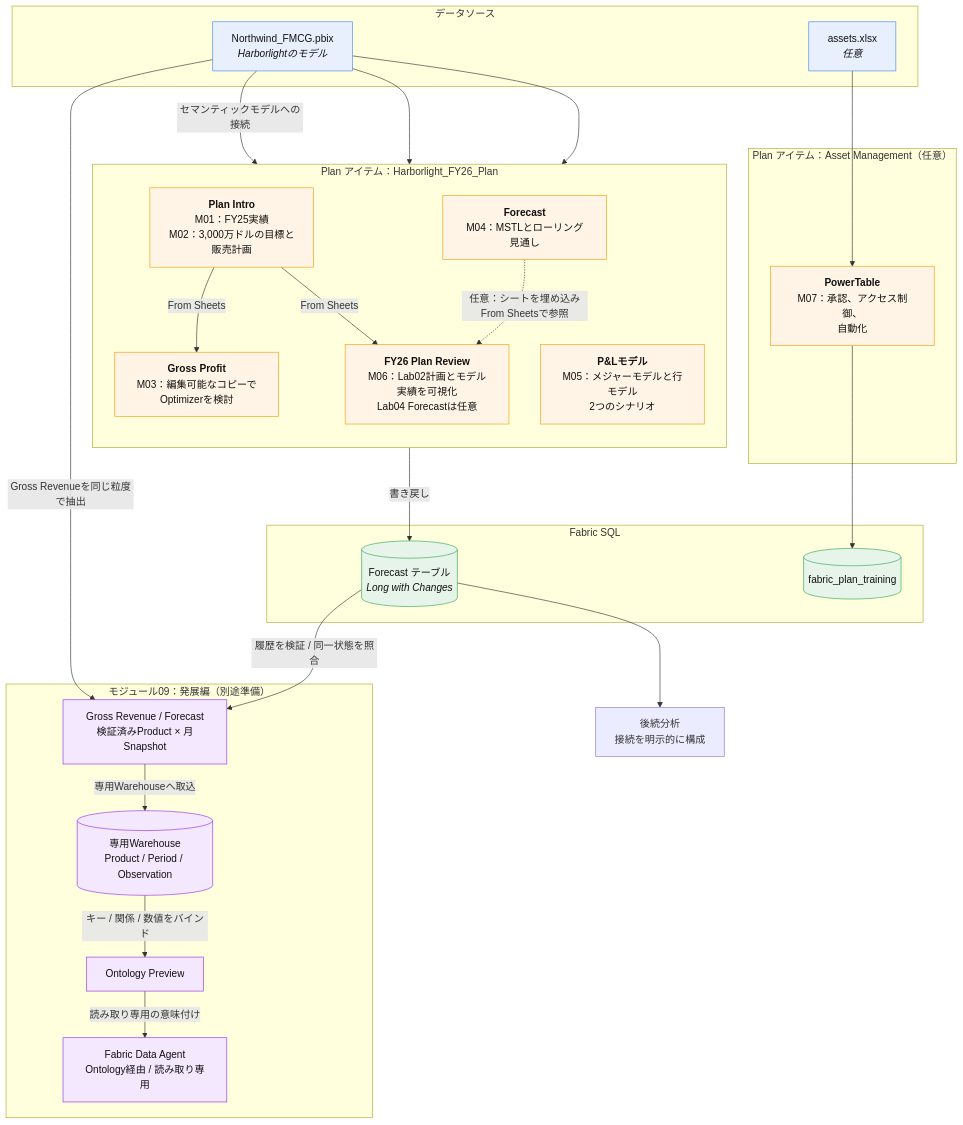
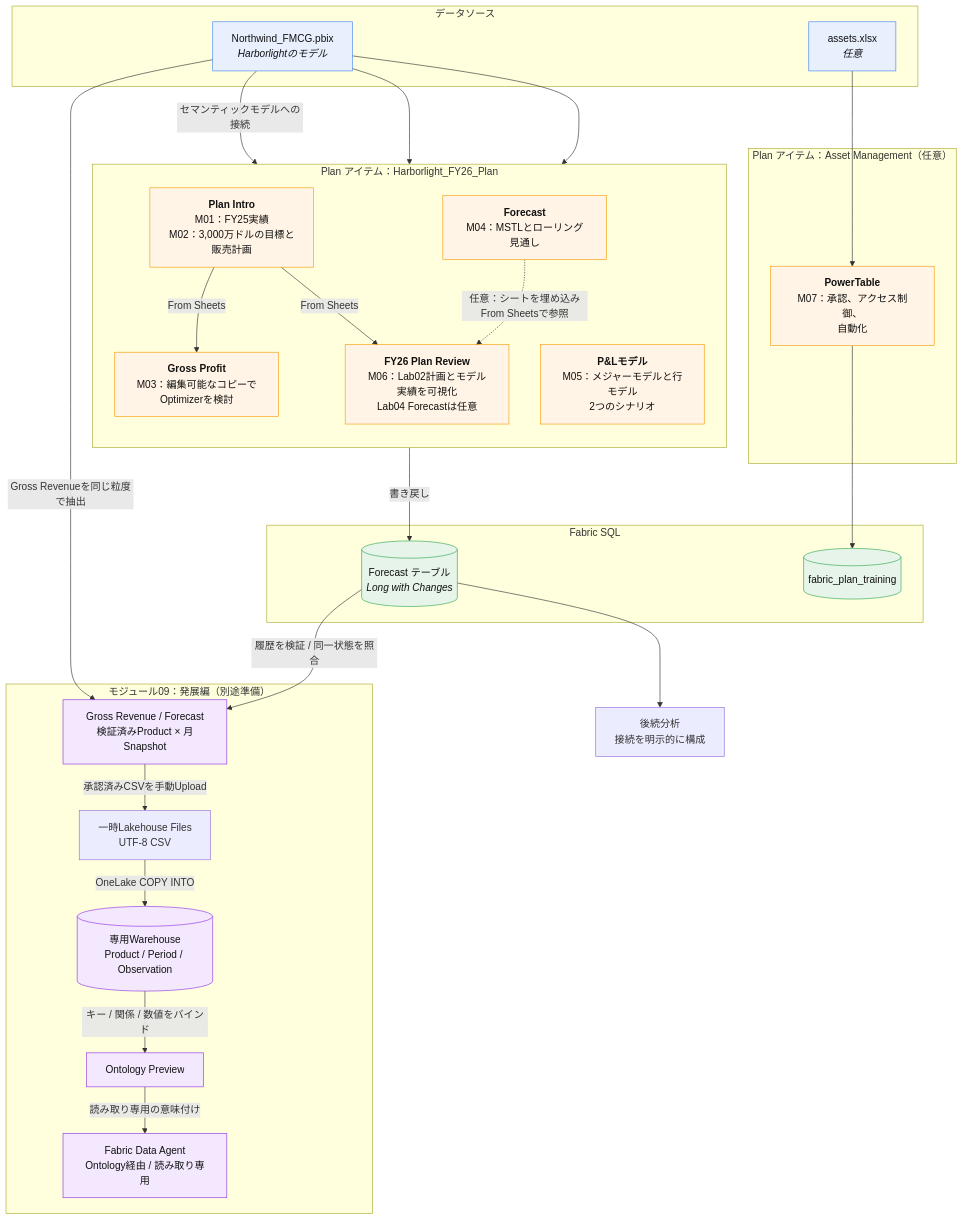
One commit to yang-jiayi/FabricPlanWorkshop changed the first of 2 diagrams in assets/diagrams/lab-flow.md. Above: the diagram before and after it, drawn with Mermaid. The commit also changed other lines of this file and 6 other files, not shown here.

````diff
--- a/assets/diagrams/lab-flow.md
+++ b/assets/diagrams/lab-flow.md
@@ -5,61 +5,63 @@
 ```mermaid
 flowchart TB
     subgraph SRC["データソース"]
         PBIX["Northwind_FMCG.pbix<br/><i>Harborlightのモデル</i>"]
         XLSX["assets.xlsx<br/><i>任意</i>"]
     end
 
     subgraph ITEM["Plan アイテム：Harborlight_FY26_Plan"]
         direction TB
         PI["<b>Plan Intro</b><br/>M01：FY25実績<br/>M02：3,000万ドルの目標と販売計画"]
         GP["<b>Gross Profit</b><br/>M03：編集可能なコピーでOptimizerを検討"]
         FC["<b>Forecast</b><br/>M04：MSTLとローリング見通し"]
         PL["<b>P&amp;Lモデル</b><br/>M05：メジャーモデルと行モデル<br/>2つのシナリオ"]
         IS["<b>FY26 Plan Review</b><br/>M06：Lab02計画とモデル実績を可視化<br/>Lab04 Forecastは任意"]
     end
 
     subgraph PT["Plan アイテム：Asset Management（任意）"]
         PTS["<b>PowerTable</b><br/>M07：承認、アクセス制御、<br/>自動化"]
     end
 
     subgraph OUT["Fabric SQL"]
         SQL[("Forecast テーブル<br/><i>Long with Changes</i>")]
         ADB[("fabric_plan_training")]
     end
 
     subgraph ADV["モジュール09：発展編（別途準備）"]
         SNAP["Gross Revenue / Forecast<br/>検証済みProduct × 月Snapshot"]
+        STAGE["一時Lakehouse Files<br/>UTF-8 CSV"]
         WH[("専用Warehouse<br/>Product / Period / Observation")]
         ONT["Ontology Preview"]
         AGENT["Fabric Data Agent<br/>Ontology経由 / 読み取り専用"]
     end
 
     DS["後続分析<br/>接続を明示的に構成"]
 
     PBIX -->|セマンティックモデルへの接続| PI
     XLSX --> PTS
 
     PI -->|From Sheets| GP
     PI -->|From Sheets| IS
     FC -.->|任意：シートを埋め込みFrom Sheetsで参照| IS
     PBIX --> FC
     PBIX --> PL
 
     FC -->|書き戻し| SQL
     PTS --> ADB
     SQL --> DS
     PBIX -->|Gross Revenueを同じ粒度で抽出| SNAP
     SQL -->|履歴を検証 / 同一状態を照合| SNAP
-    SNAP -->|専用Warehouseへ取込| WH
+    SNAP -->|承認済みCSVを手動Upload| STAGE
+    STAGE -->|OneLake COPY INTO| WH
     WH -->|キー / 関係 / 数値をバインド| ONT
     ONT -->|読み取り専用の意味付け| AGENT
 
     classDef src fill:#e8f0fe,stroke:#4285f4,color:#111
     classDef sheet fill:#fff4e5,stroke:#f59e0b,color:#111
     classDef out fill:#e6f4ea,stroke:#34a853,color:#111
     classDef ds fill:#f3e8fd,stroke:#9334e6,color:#111
     class PBIX,XLSX src
     class PI,GP,FC,PL,IS,PTS sheet
     class SQL,ADB out
     class SNAP,WH,ONT,AGENT ds
 ```
````
